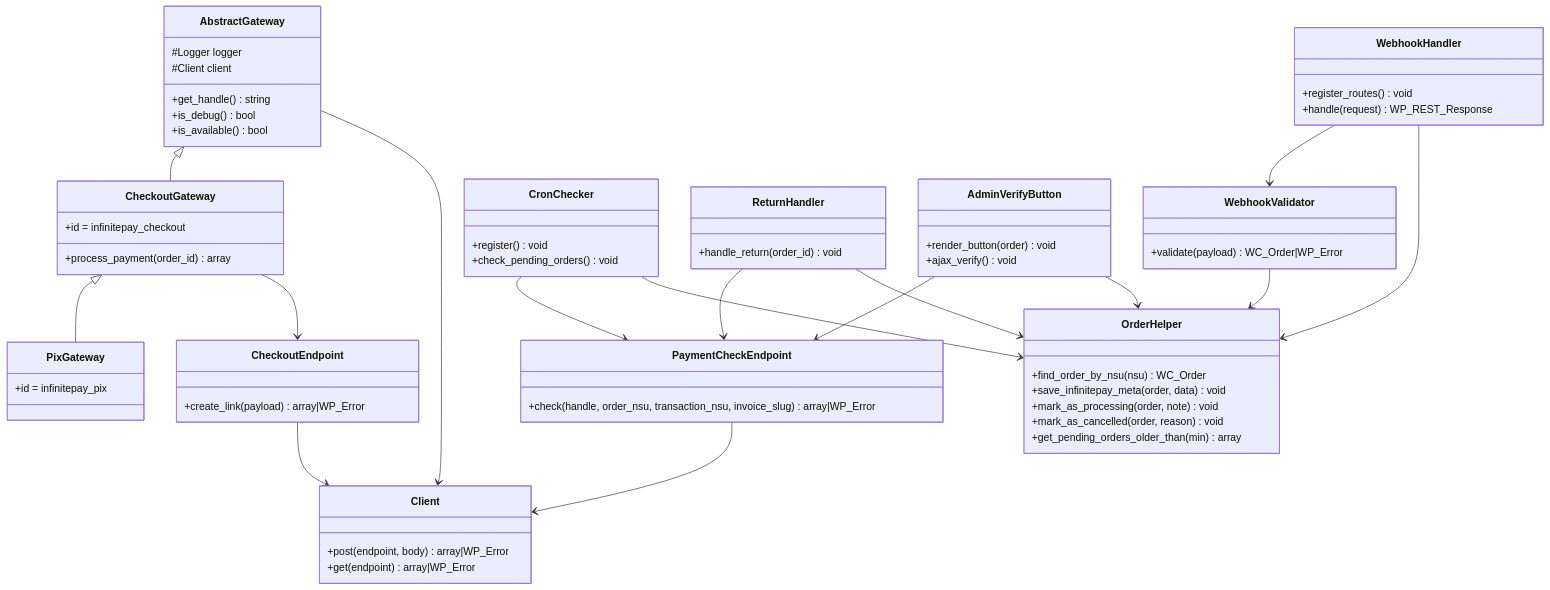
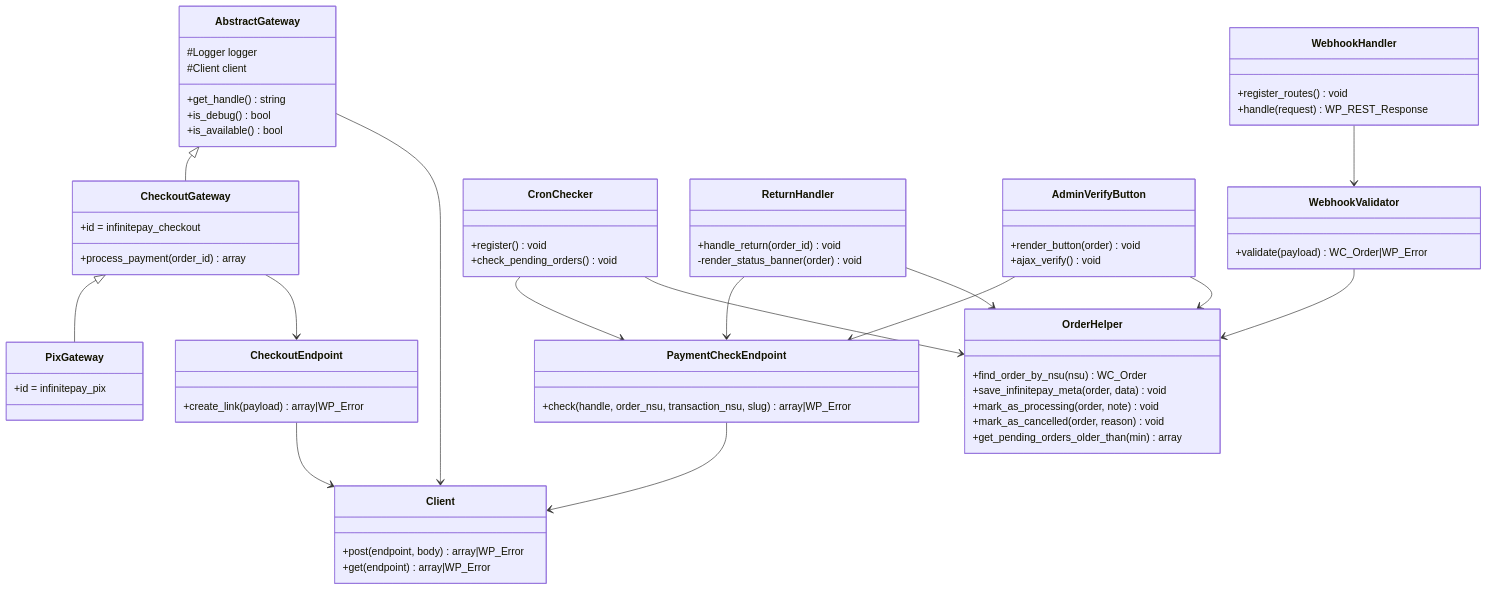
Before and after one commit to marcvlima/infinitepay-woocommerce: the third of 3 diagrams in docs/ARCHITECTURE.md, drawn with Mermaid. The commit also changed other lines of this file and 8 other files, not shown here.

````diff
--- a/docs/ARCHITECTURE.md
+++ b/docs/ARCHITECTURE.md
@@ -126,68 +139,68 @@
 ```mermaid
 classDiagram
     class AbstractGateway {
         #Logger logger
         #Client client
         +get_handle() string
         +is_debug() bool
         +is_available() bool
     }
     class CheckoutGateway {
         +id = infinitepay_checkout
         +process_payment(order_id) array
     }
     class PixGateway {
         +id = infinitepay_pix
     }
     class Client {
         +post(endpoint, body) array|WP_Error
         +get(endpoint) array|WP_Error
     }
     class CheckoutEndpoint {
         +create_link(payload) array|WP_Error
     }
     class PaymentCheckEndpoint {
-        +check(handle, order_nsu, transaction_nsu, invoice_slug) array|WP_Error
+        +check(handle, order_nsu, transaction_nsu, slug) array|WP_Error
     }
     class WebhookValidator {
         +validate(payload) WC_Order|WP_Error
     }
     class WebhookHandler {
         +register_routes() void
         +handle(request) WP_REST_Response
     }
     class OrderHelper {
         +find_order_by_nsu(nsu) WC_Order
         +save_infinitepay_meta(order, data) void
         +mark_as_processing(order, note) void
         +mark_as_cancelled(order, reason) void
         +get_pending_orders_older_than(min) array
     }
     class CronChecker {
         +register() void
         +check_pending_orders() void
     }
     class ReturnHandler {
         +handle_return(order_id) void
+        -render_status_banner(order) void
     }
     class AdminVerifyButton {
         +render_button(order) void
         +ajax_verify() void
     }
 
     AbstractGateway <|-- CheckoutGateway
     CheckoutGateway <|-- PixGateway
     AbstractGateway --> Client
     CheckoutGateway --> CheckoutEndpoint
     CheckoutEndpoint --> Client
     PaymentCheckEndpoint --> Client
     WebhookHandler --> WebhookValidator
     WebhookValidator --> OrderHelper
-    WebhookHandler --> OrderHelper
     CronChecker --> PaymentCheckEndpoint
     CronChecker --> OrderHelper
     ReturnHandler --> PaymentCheckEndpoint
     ReturnHandler --> OrderHelper
     AdminVerifyButton --> PaymentCheckEndpoint
     AdminVerifyButton --> OrderHelper
 ```
````
